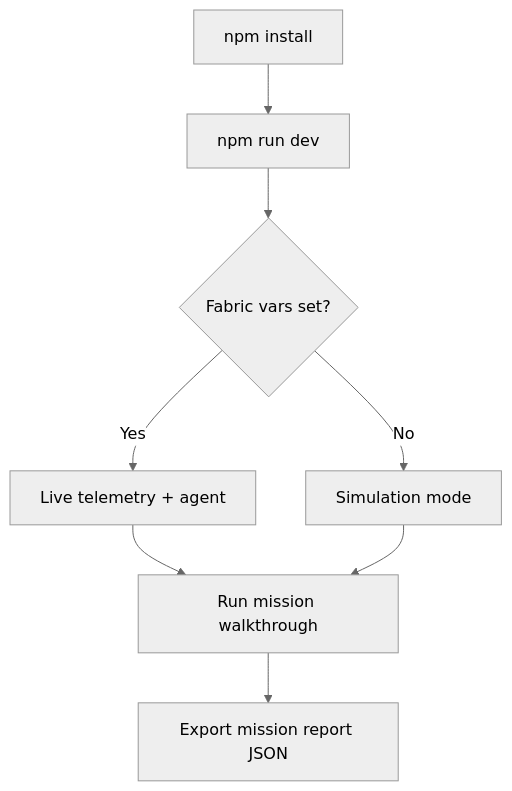
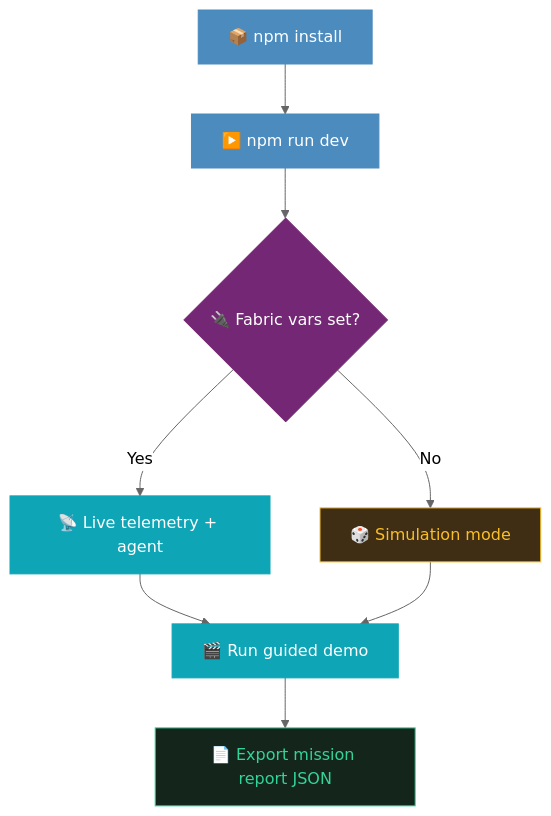
The second of 2 diagrams in apps/wind-turbine-rayfin/README.md (cyphou/Ontology-RTI), drawn with Mermaid (neutral theme) before and after one commit. The commit also changed other lines of this file, not shown here.

Commit message:
docs(wind): shiny README - info table, feature grid, colorized mermaids, GitHub alerts

````diff
--- a/apps/wind-turbine-rayfin/README.md
+++ b/apps/wind-turbine-rayfin/README.md
@@ -131,10 +196,18 @@
 ```mermaid
 flowchart TD
-      A[npm install] --> B[npm run dev]
-      B --> C{Fabric vars set?}
-      C -->|Yes| D[Live telemetry + agent]
-      C -->|No| E[Simulation mode]
-      D --> F[Run mission walkthrough]
+      A["📦 npm install"] --> B["▶️ npm run dev"]
+      B --> C{"🔌 Fabric vars set?"}
+      C -->|Yes| D["📡 Live telemetry + agent"]
+      C -->|No| E["🎲 Simulation mode"]
+      D --> F["🎬 Run guided demo"]
       E --> F
-      F --> G[Export mission report JSON]
+      F --> G["📄 Export mission report JSON"]
+
+      style A fill:#4B8BBE,color:#fff,stroke:#4B8BBE
+      style B fill:#4B8BBE,color:#fff,stroke:#4B8BBE
+      style C fill:#742774,color:#fff,stroke:#742774
+      style D fill:#0EA5B7,color:#fff,stroke:#0EA5B7
+      style E fill:#3f2d14,color:#FBBF24,stroke:#FBBF24
+      style F fill:#0EA5B7,color:#fff,stroke:#0EA5B7
+      style G fill:#14251c,color:#34D399,stroke:#34D399
 ```
````
